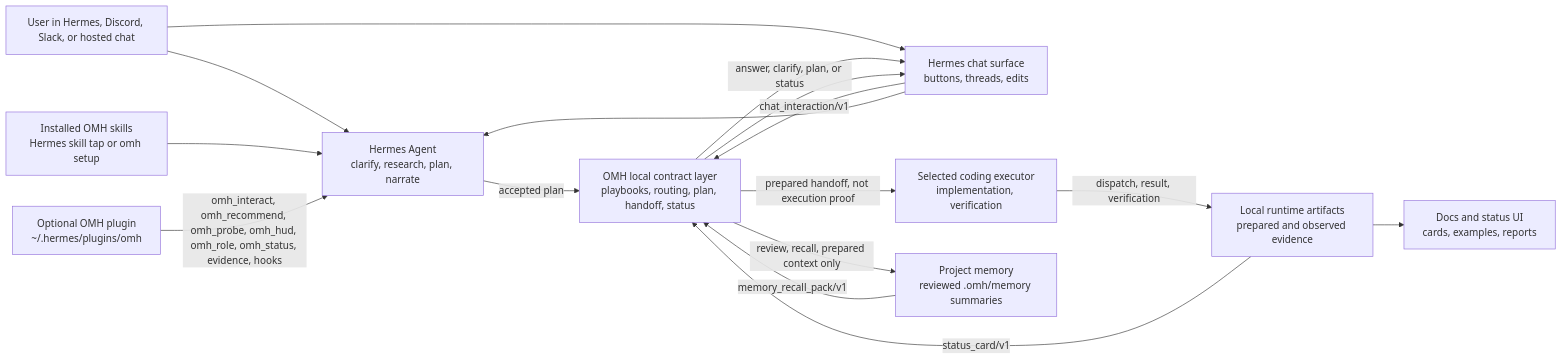
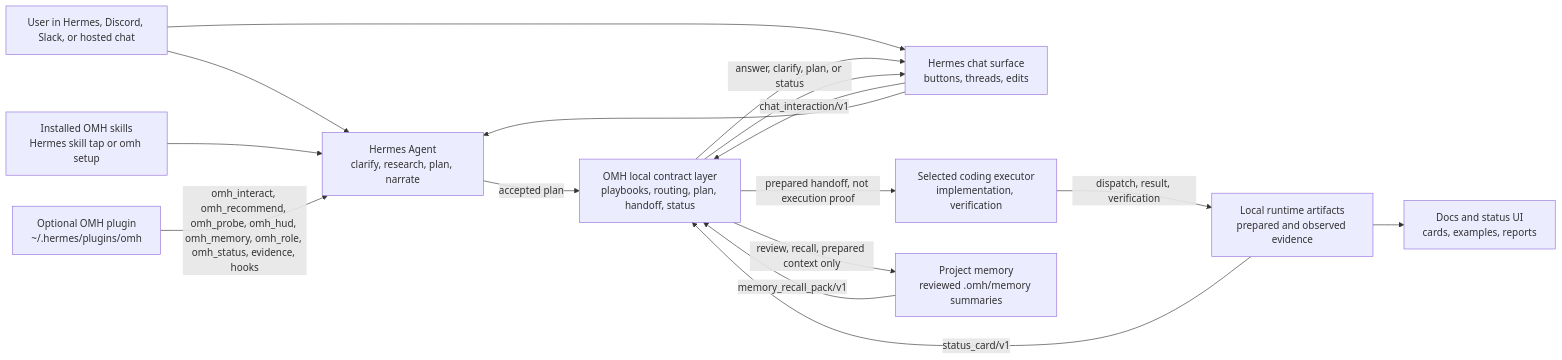
The diagram in docs/ARCHITECTURE.md (Mak-1911/oh-my-hermes), drawn with Mermaid before and after one commit. The commit also changed 10 other files, not shown here.

````diff
--- a/docs/ARCHITECTURE.md
+++ b/docs/ARCHITECTURE.md
@@ -36,29 +36,29 @@
 ```mermaid
 flowchart LR
   user["User in Hermes, Discord, Slack, or hosted chat"]
   skills["Installed OMH skills\nHermes skill tap or omh setup"]
   plugin["Optional OMH plugin\n~/.hermes/plugins/omh"]
   wrapper["Hermes chat surface\nbuttons, threads, edits"]
   omh["OMH local contract layer\nplaybooks, routing, plan, handoff, status"]
   hermes["Hermes Agent\nclarify, research, plan, narrate"]
   executor["Selected coding executor\nimplementation, verification"]
   memory["Project memory\nreviewed .omh/memory summaries"]
   runtime["Local runtime artifacts\nprepared and observed evidence"]
   site["Docs and status UI\ncards, examples, reports"]
 
   user --> hermes
   skills --> hermes
-  plugin -->|"omh_interact, omh_recommend, omh_probe, omh_hud, omh_role, omh_status, evidence, hooks"| hermes
+  plugin -->|"omh_interact, omh_recommend, omh_probe, omh_hud, omh_memory, omh_role, omh_status, evidence, hooks"| hermes
   user --> wrapper
   wrapper -->|"chat_interaction/v1"| omh
   omh -->|"answer, clarify, plan, or status"| wrapper
   wrapper --> hermes
   hermes -->|"accepted plan"| omh
   omh -->|"review, recall, prepared context only"| memory
   memory -->|"memory_recall_pack/v1"| omh
   omh -->|"prepared handoff, not execution proof"| executor
   executor -->|"dispatch, result, verification"| runtime
   runtime -->|"status_card/v1"| omh
   omh --> wrapper
   runtime --> site
 ```
````
